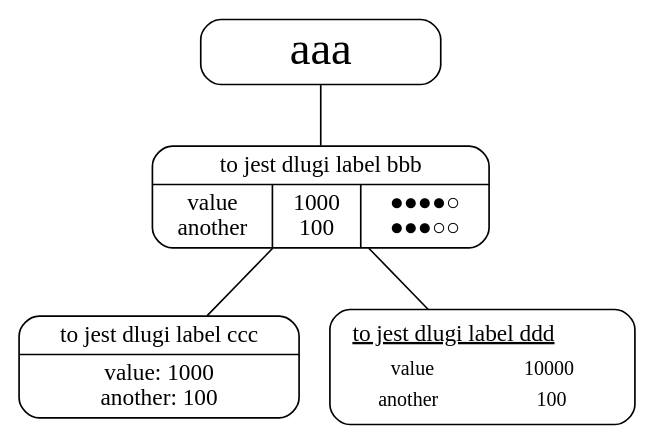
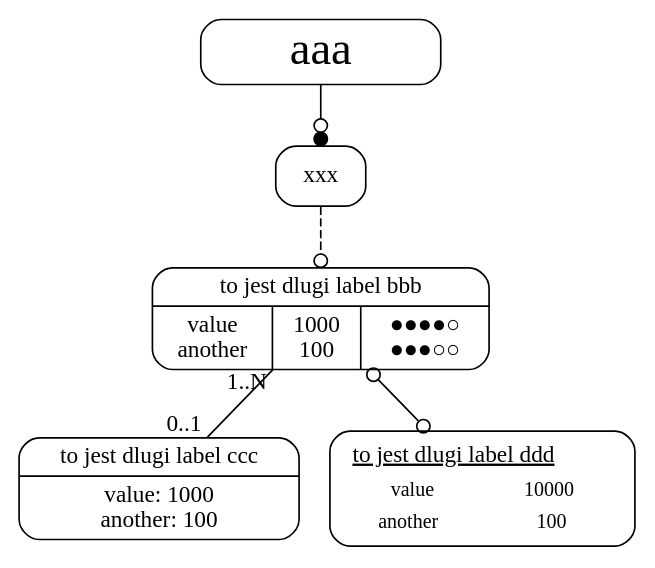
Before and after one commit to mobarski/smash: the diagram in misc/test.dot, drawn with Graphviz. The commit also changed 1 other file, not shown here.

```diff
--- a/misc/test.dot
+++ b/misc/test.dot
@@ -1,22 +1,24 @@
 strict digraph {
 graph [rankdir=TD compound=true]
 edge [arrowhead=none]
 node [shape=record style="rounded,filled" fillcolor=white]
 
  aaa [label="aaa"  width=2 fontsize=28]
+ xxx [pos="0,0!"]
  bbb [label="{to jest dlugi label bbb|{value\nanother|1000\n100|&#9679;&#9679;&#9679;&#9679;&#9675;\n&#9679;&#9679;&#9679;&#9675;&#9675;}}" ]
  ccc [label="{to jest dlugi label ccc|value: 1000\nanother: 100}" ]
  ddd [label=<
         <font POINT-SIZE="12">
         <table border="0">
         <tr><td colspan="2"><font POINT-SIZE="14"><u>to jest dlugi label ddd</u></font></td></tr>
         <tr><td>value</td><td>10000</td></tr>
         <tr><td>another</td><td>100</td></tr>
         </table>
         </font>
  >]
 
-aaa -> bbb
-bbb -> ccc
-bbb -> ddd
+aaa -> xxx [arrowhead=dotodot arrowsize=1]
+xxx -> bbb [arrowhead=odot style=dashed]
+bbb -> ccc [headlabel="0..1" taillabel="1..N"]
+bbb -> ddd [arrowhead=odot arrowtail=odot dir=both arrowsize=1]
 }
```
